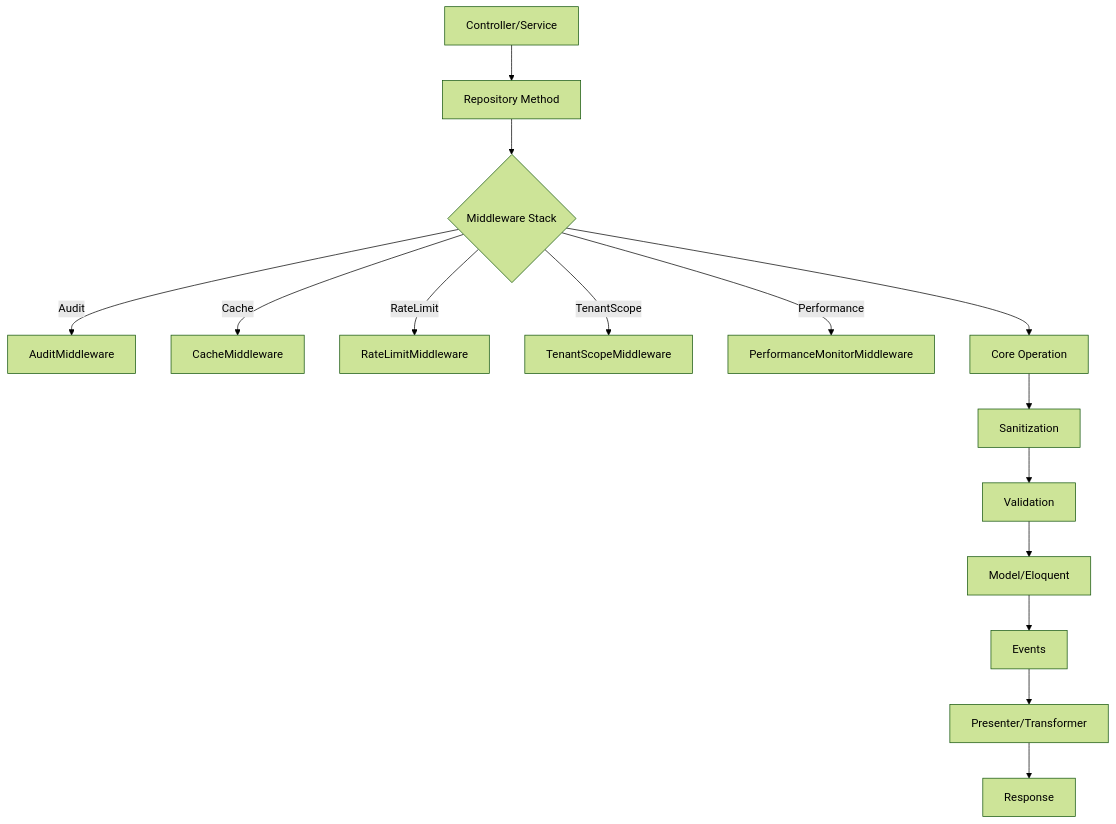
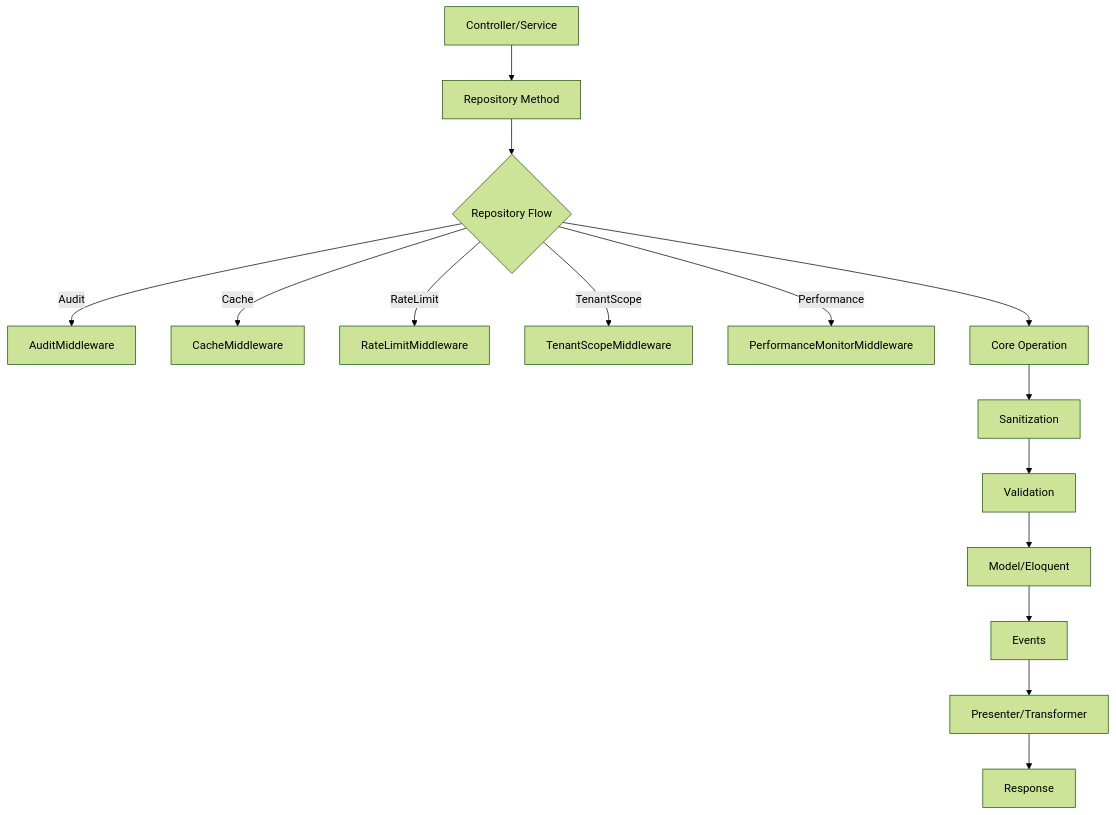
Before and after one commit to GigiArteni/apiato-repository: the first of 6 diagrams in docs/architecture.md, drawn with Mermaid (forest theme). The commit also changed other lines of this file and 11 other files, not shown here.

````diff
--- a/docs/architecture.md
+++ b/docs/architecture.md
@@ -9,17 +9,17 @@
 ```mermaid
 graph TD;
     A[Controller/Service] --> B[Repository Method]
-    B --> C{Middleware Stack}
+    B --> C{Repository Flow}
     C -->|Audit| D[AuditMiddleware]
     C -->|Cache| E[CacheMiddleware]
     C -->|RateLimit| F[RateLimitMiddleware]
     C -->|TenantScope| G[TenantScopeMiddleware]
     C -->|Performance| H[PerformanceMonitorMiddleware]
     C --> I[Core Operation]
     I --> J[Sanitization]
     J --> K[Validation]
     K --> L[Model/Eloquent]
     L --> M[Events]
     M --> N[Presenter/Transformer]
     N --> O[Response]
 ```
````
